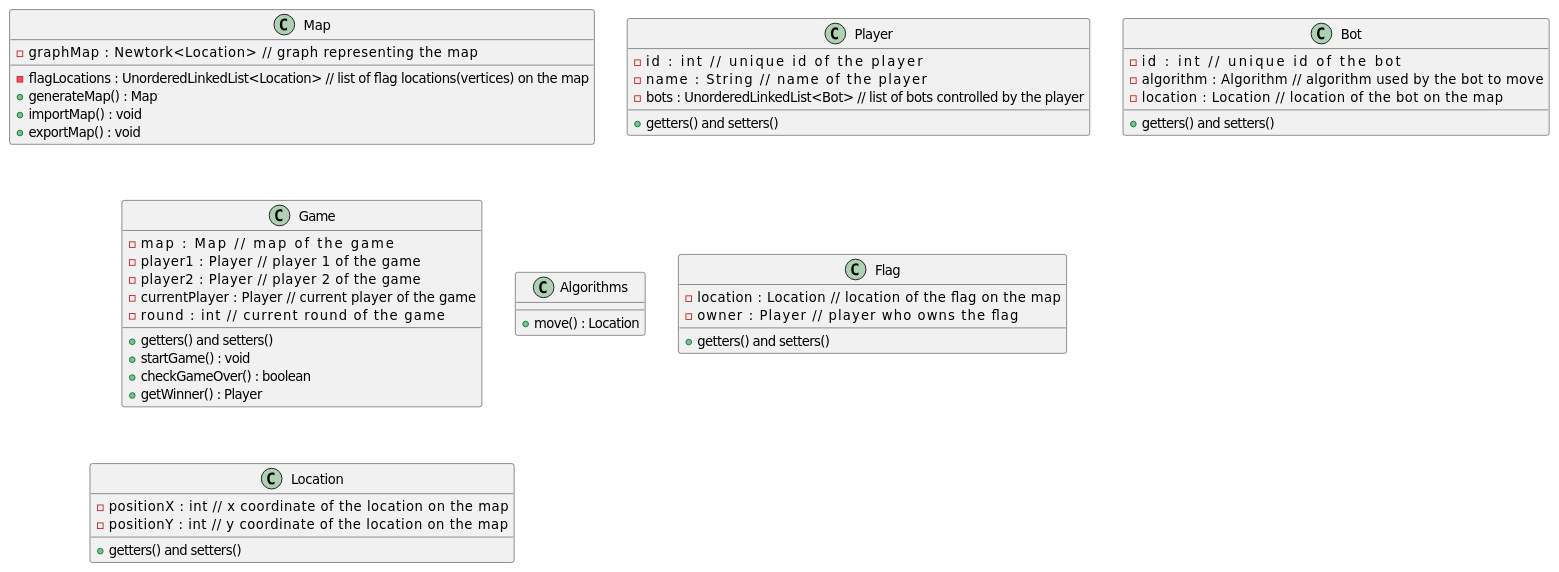
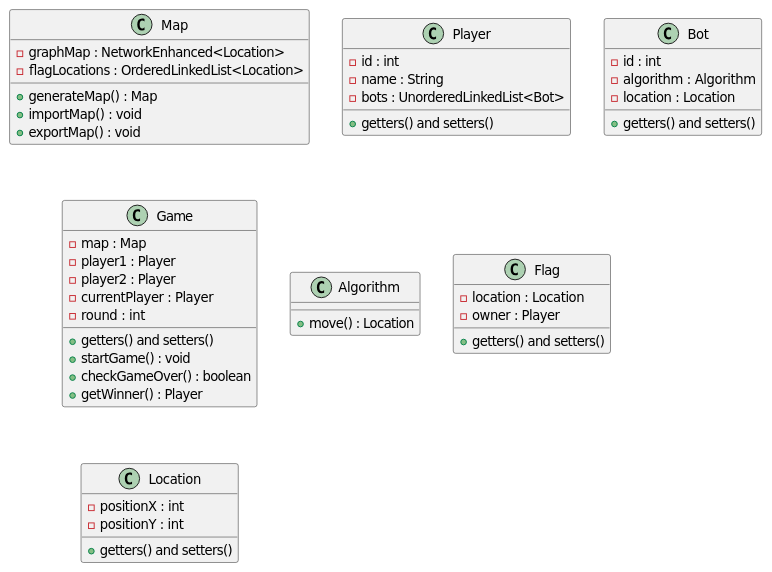
One commit to pedroteixeira2002/Project_ED changed the diagram in app/src/main/resources/class_diagram.puml. Above: the diagram before and after it, drawn with PlantUML. The commit also changed 14 other files, not shown here.

```diff
--- a/app/src/main/resources/class_diagram.puml
+++ b/app/src/main/resources/class_diagram.puml
@@ -1,67 +1,66 @@
 @startuml
 'https://plantuml.com/class-diagram
 
 class Map
 class Player
 class Bot
 class Game
-class Algorithms
+class Algorithm
 class Flag
 
 class Game {
-    - map : Map                    // map of the game
-    - player1 : Player             // player 1 of the game
-    - player2 : Player             // player 2 of the game
-    - currentPlayer : Player       // current player of the game
-    - round : int                  // current round of the game
+    - map : Map
+    - player1 : Player
+    - player2 : Player
+    - currentPlayer : Player
+    - round : int
     + getters() and setters()
     + startGame() : void
     + checkGameOver() : boolean
     + getWinner() : Player
 }
 
 class Map {
-    - graphMap : Newtork<Location>                   // graph representing the map
-    - flagLocations : UnorderedLinkedList<Location>  // list of flag locations(vertices) on the map
+    - graphMap : NetworkEnhanced<Location>
+    - flagLocations : OrderedLinkedList<Location>
     + generateMap() : Map
     + importMap() : void
     + exportMap() : void
 }
 
-'Classe Correta Não Alterar'
+
 class Location {
-    - positionX : int                 // x coordinate of the location on the map
-    - positionY : int                 // y coordinate of the location on the map
+    - positionX : int
+    - positionY : int
     + getters() and setters()
 }
-'Classe Correta Não Alterar'
 class Flag {
-    - location : Location              // location of the flag on the map
-    - owner : Player                   // player who owns the flag
+    - location : Location
+    - owner : Player
     + getters() and setters()
 }
 
 class Player {
-    - id : int                         // unique id of the player
-    - name : String                    // name of the player
-    - bots : UnorderedLinkedList<Bot>  // list of bots controlled by the player
+    - id : int
+    - name : String
+    - bots : UnorderedLinkedList<Bot>
     + getters() and setters()
 }
 class Bot {
-    - id : int                         // unique id of the bot
-    - algorithm : Algorithm            // algorithm used by the bot to move
-    - location : Location              // location of the bot on the map
+    - id : int
+    - algorithm : Algorithm
+    - location : Location
     + getters() and setters()
 
 }
 
-class Algorithms {
+class Algorithm {
     + move() : Location
 }
 
 
 
 
 
 
 @enduml
```
